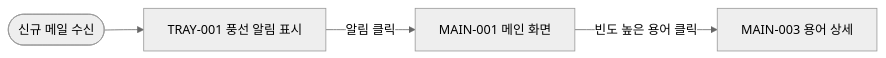
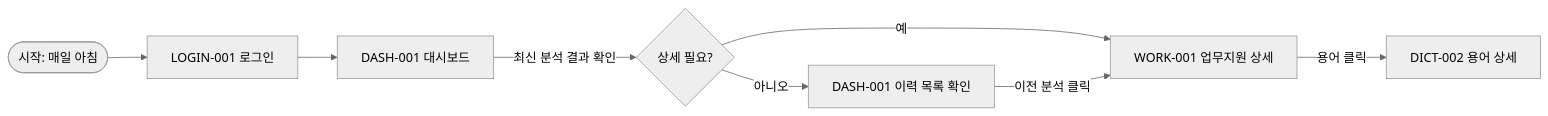
One commit to woongki-jung/Hackathon changed the second of 5 diagrams in docs/specs/screens/spec-screens.md. Above: the diagram before and after it, drawn with Mermaid (neutral theme). The commit also changed other lines of this file and 113 other files, not shown here.

````diff
--- a/docs/specs/screens/spec-screens.md
+++ b/docs/specs/screens/spec-screens.md
@@ -66,6 +89,10 @@
 ```mermaid
 flowchart LR
-    A([신규 메일 수신]) --> B[TRAY-001 풍선 알림 표시]
-    B -- 알림 클릭 --> C[MAIN-001 메인 화면]
-    C -- 빈도 높은 용어 클릭 --> D[MAIN-003 용어 상세]
+    A([시작: 매일 아침]) --> B[LOGIN-001 로그인]
+    B --> C[DASH-001 대시보드]
+    C -->|최신 분석 결과 확인| D{상세 필요?}
+    D -->|예| E[WORK-001 업무지원 상세]
+    E -->|용어 클릭| F[DICT-002 용어 상세]
+    D -->|아니오| G[DASH-001 이력 목록 확인]
+    G -->|이전 분석 클릭| E
 ```
````
